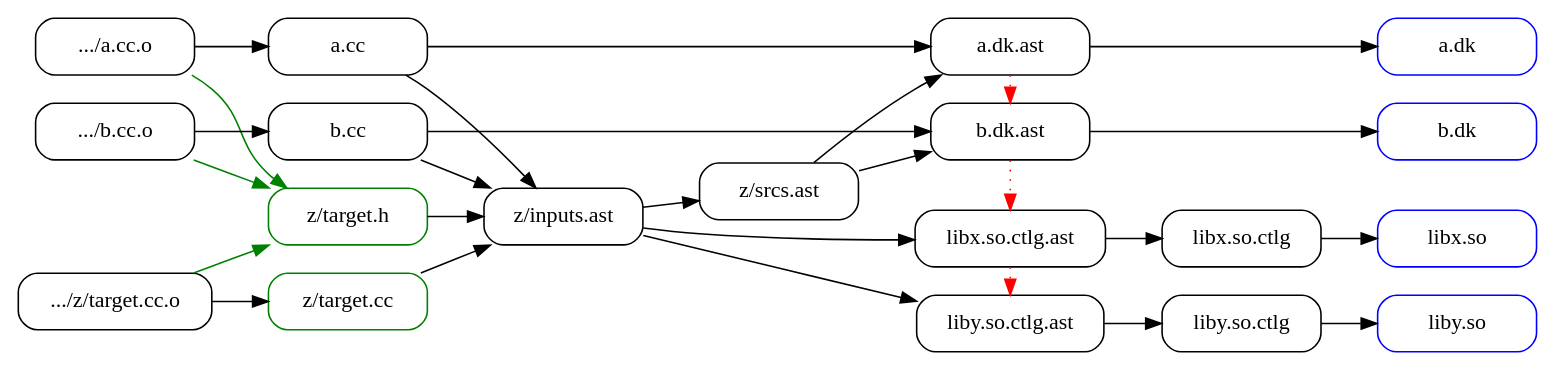
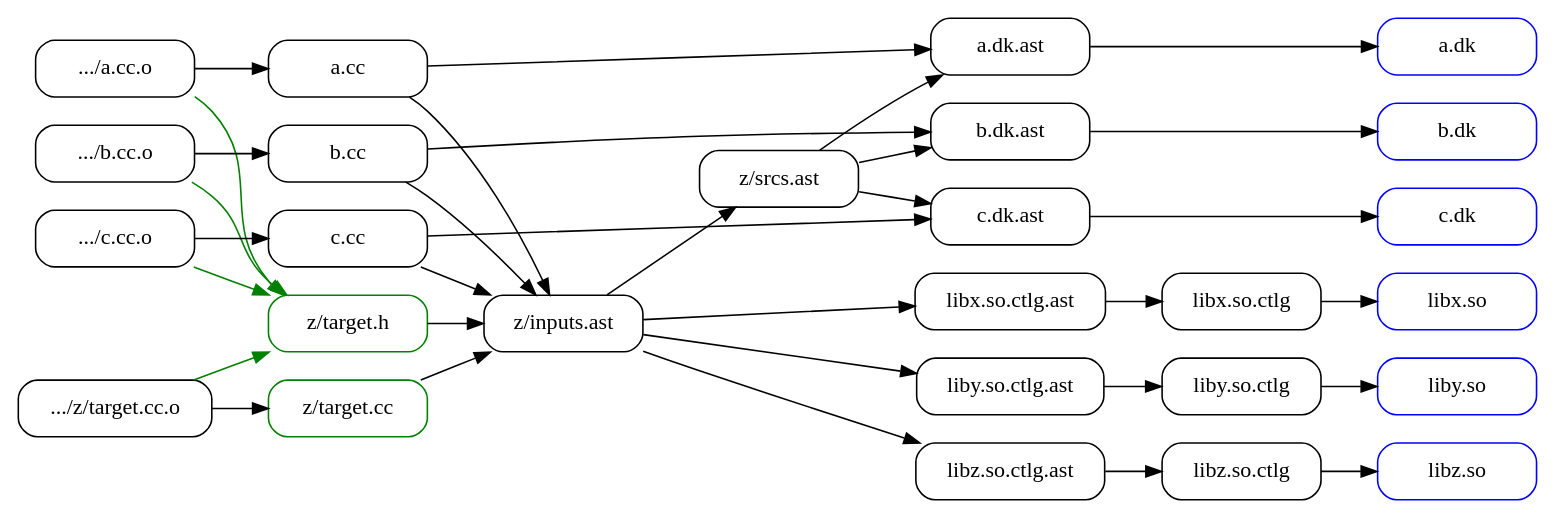
The diagram in depends.dot (Ayyzee/dakota), drawn with Graphviz before and after one commit.

Commit message:
Improve layout.

```diff
--- a/depends.dot
+++ b/depends.dot
@@ -1,61 +1,90 @@
 digraph {
   graph [ rankdir = LR, dir = back ];
   node [ shape = rect, style = rounded, width = 1.4 ];
 
   "a.dk" [ color = blue ];
   "b.dk" [ color = blue ];
+  "c.dk" [ color = blue ];
   "libx.so" [ color = blue ];
   "liby.so" [ color = blue ];
+  "libz.so" [ color = blue ];
   "z/target.h" [ color = green ];
   "z/target.cc" [ color = green ];
 
   ".../z/target.cc.o" -> "z/target.cc" [ weight = 2 ];
   ".../z/target.cc.o" -> "z/target.h" [ color = green ];
 
   ".../a.cc.o" -> "a.cc" [ weight = 2 ]
   ".../a.cc.o" -> "z/target.h" [ color = green ];
 
   ".../b.cc.o" -> "b.cc" [ weight = 2 ];
   ".../b.cc.o" -> "z/target.h" [ color = green ];
 
+  ".../c.cc.o" -> "c.cc" [ weight = 2 ];
+  ".../c.cc.o" -> "z/target.h" [ color = green ];
+
   "z/target.h" -> "z/inputs.ast";
   "z/target.cc" -> "z/inputs.ast";
 
   "a.cc" -> "z/inputs.ast";
   "a.cc" -> "a.dk.ast" [ weight = 2 ];
   
   "b.cc" -> "z/inputs.ast";
   "b.cc" -> "b.dk.ast" [ weight = 2 ];
   
+  "c.cc" -> "z/inputs.ast";
+  "c.cc" -> "c.dk.ast" [ weight = 2 ];
+  
   "z/inputs.ast" -> "z/srcs.ast";
   "z/inputs.ast" -> "libx.so.ctlg.ast";
   "z/inputs.ast" -> "liby.so.ctlg.ast";
+  "z/inputs.ast" -> "libz.so.ctlg.ast";
 
   "z/srcs.ast" -> "a.dk.ast" -> "a.dk";
   "z/srcs.ast" -> "b.dk.ast" -> "b.dk";
+  "z/srcs.ast" -> "c.dk.ast" -> "c.dk";
 
   "libx.so.ctlg.ast" -> "libx.so.ctlg" -> "libx.so";
   "liby.so.ctlg.ast" -> "liby.so.ctlg" -> "liby.so";
+  "libz.so.ctlg.ast" -> "libz.so.ctlg" -> "libz.so";
 
   // layout control below
   subgraph {
     graph [ rank = same ];
     "a.dk.ast";
     "b.dk.ast";
+    "c.dk.ast";
     "libx.so.ctlg.ast";
     "liby.so.ctlg.ast";
+    "libz.so.ctlg.ast";
   }
   subgraph {
     graph [ rank = same ];
     "a.dk";
     "b.dk";
+    "c.dk";
     "libx.so";
     "liby.so";
+    "libz.so";
   }
-//   "libx.so.ctlg.ast" -> "liby.so.ctlg.ast" [ color = red, style = dotted ];
-//   "z/srcs.ast" -> "libx.so.ctlg.ast" [ color = red, style = dotted ];
-//   "z/srcs.ast" -> "liby.so.ctlg.ast" [ color = red, style = dotted ];
-  "a.dk.ast" -> "b.dk.ast" [ color = red, style = dotted ];
-  "libx.so.ctlg.ast" -> "liby.so.ctlg.ast" [ color = red, style = dotted ];
-  "b.dk.ast" -> "libx.so.ctlg.ast" [ color = red, style = dotted ];
+  subgraph {
+    graph [ rank = same ];
+    "a.cc";
+    "b.cc";
+    "c.cc";
+    "z/target.h";
+    "z/target.cc";
+  }
+  "a.dk.ast" -> "b.dk.ast" [ color = red, style = invis ];
+  "b.dk.ast" -> "c.dk.ast" [ color = red, style = invis ];
+  //
+  "c.dk.ast" -> "libx.so.ctlg.ast" [ color = red, style = invis ];
+  //
+  "libx.so.ctlg.ast" -> "liby.so.ctlg.ast" [ color = red, style = invis ];
+  "liby.so.ctlg.ast" -> "libz.so.ctlg.ast" [ color = red, style = invis ];
+
+  "a.cc" -> "b.cc" [ color = red, style = invis ];
+  "b.cc" -> "c.cc" [ color = red, style = invis ];
+  "c.cc" -> "z/target.h" [ color = red, style = invis ];
+  "z/target.h" -> "z/target.cc" [ color = red, style = invis ];
 }
```
